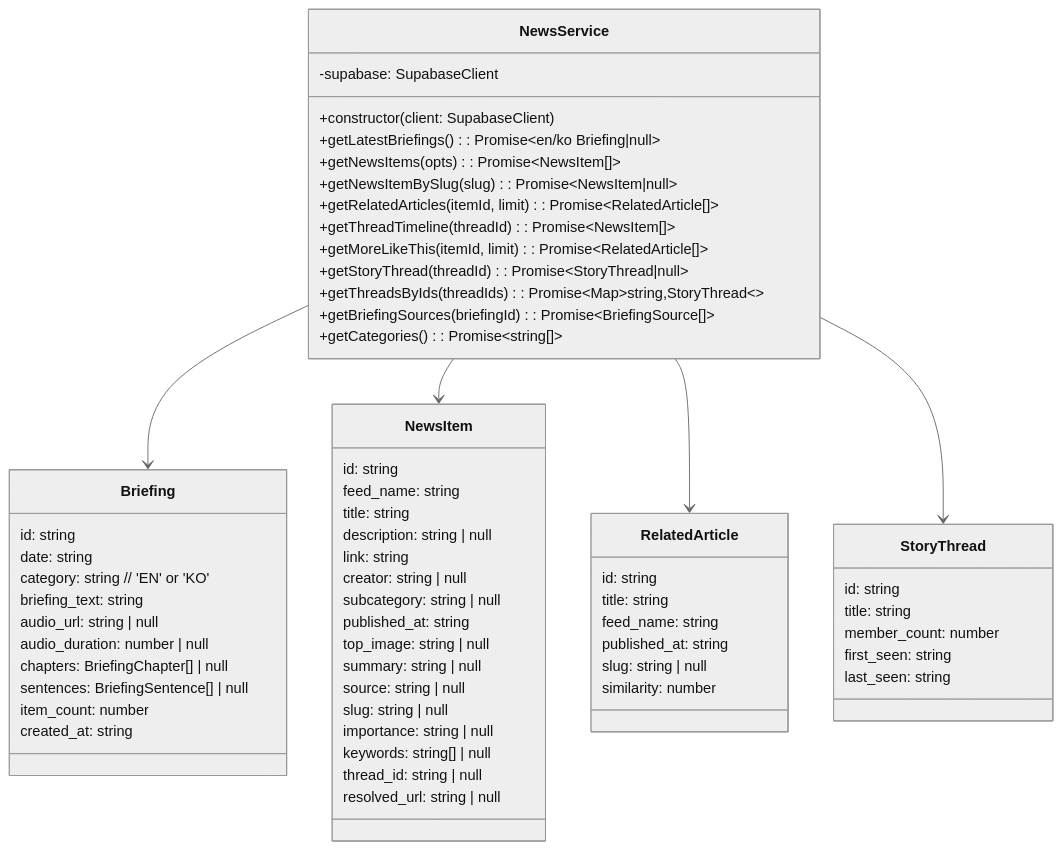
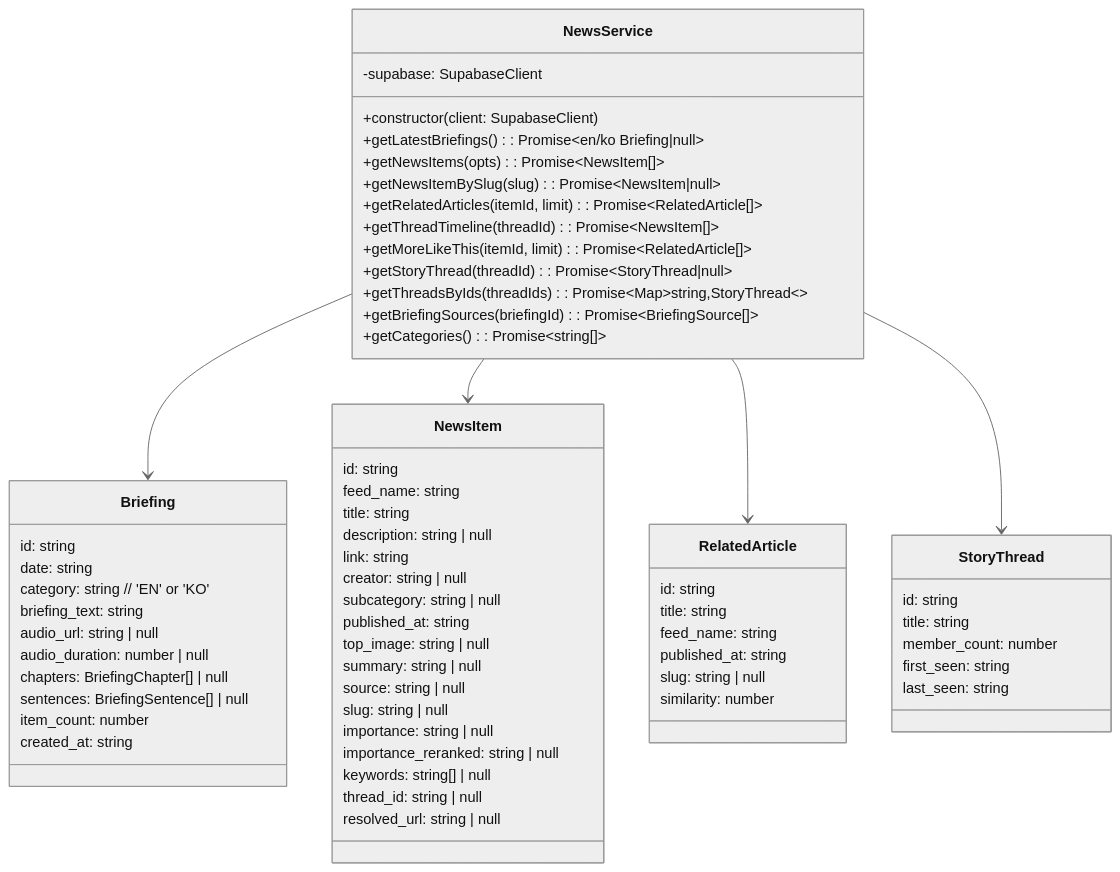
The fifth of 6 diagrams in docs/4-news-frontend.md (choym92/araverus), drawn with Mermaid (neutral theme) before and after one commit. The commit also changed other lines of this file and 3 other files, not shown here.

First line of the commit message:
feat: add importance_reranked to frontend + update docs

````diff
--- a/docs/4-news-frontend.md
+++ b/docs/4-news-frontend.md
@@ -444,71 +444,72 @@
 ```mermaid
 classDiagram
     class NewsService {
         -supabase: SupabaseClient
         +constructor(client: SupabaseClient)
         +getLatestBriefings(): Promise~en/ko Briefing|null~
         +getNewsItems(opts): Promise~NewsItem[]~
         +getNewsItemBySlug(slug): Promise~NewsItem|null~
         +getRelatedArticles(itemId, limit): Promise~RelatedArticle[]~
         +getThreadTimeline(threadId): Promise~NewsItem[]~
         +getMoreLikeThis(itemId, limit): Promise~RelatedArticle[]~
         +getStoryThread(threadId): Promise~StoryThread|null~
         +getThreadsByIds(threadIds): Promise~Map~string,StoryThread~~
         +getBriefingSources(briefingId): Promise~BriefingSource[]~
         +getCategories(): Promise~string[]~
     }
 
     class Briefing {
         id: string
         date: string
         category: string  // 'EN' or 'KO'
         briefing_text: string
         audio_url: string | null
         audio_duration: number | null
         chapters: BriefingChapter[] | null
         sentences: BriefingSentence[] | null
         item_count: number
         created_at: string
     }
 
     class NewsItem {
         id: string
         feed_name: string
         title: string
         description: string | null
         link: string
         creator: string | null
         subcategory: string | null
         published_at: string
         top_image: string | null
         summary: string | null
         source: string | null
         slug: string | null
         importance: string | null
+        importance_reranked: string | null
         keywords: string[] | null
         thread_id: string | null
         resolved_url: string | null
     }
 
     class RelatedArticle {
         id: string
         title: string
         feed_name: string
         published_at: string
         slug: string | null
         similarity: number
     }
 
     class StoryThread {
         id: string
         title: string
         member_count: number
         first_seen: string
         last_seen: string
     }
 
     NewsService --> Briefing
     NewsService --> NewsItem
     NewsService --> RelatedArticle
     NewsService --> StoryThread
 ```
````
